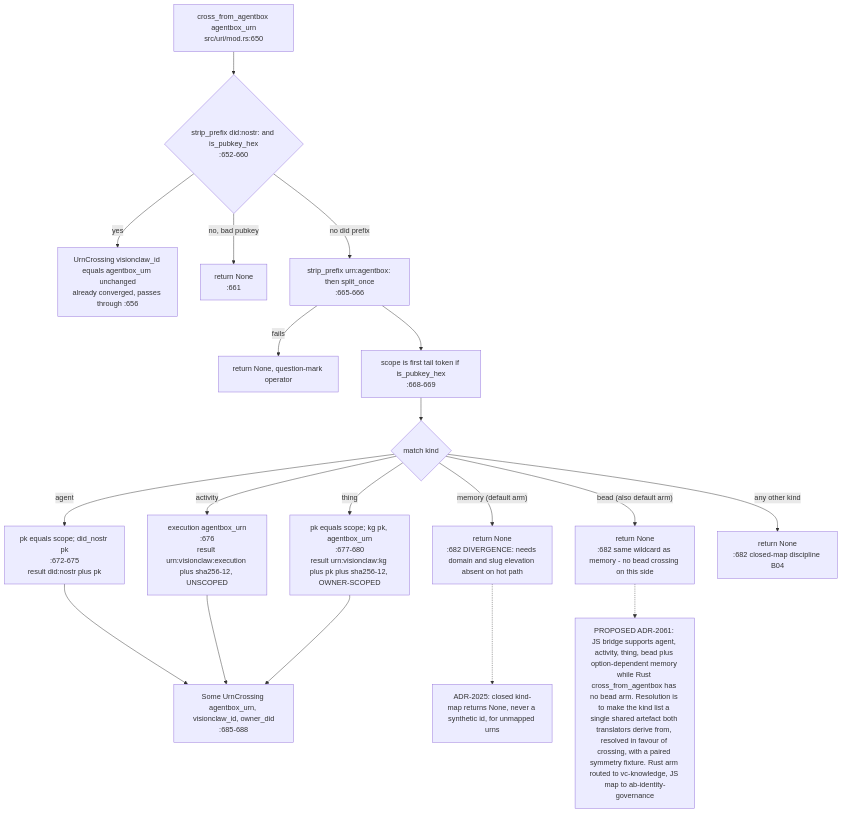
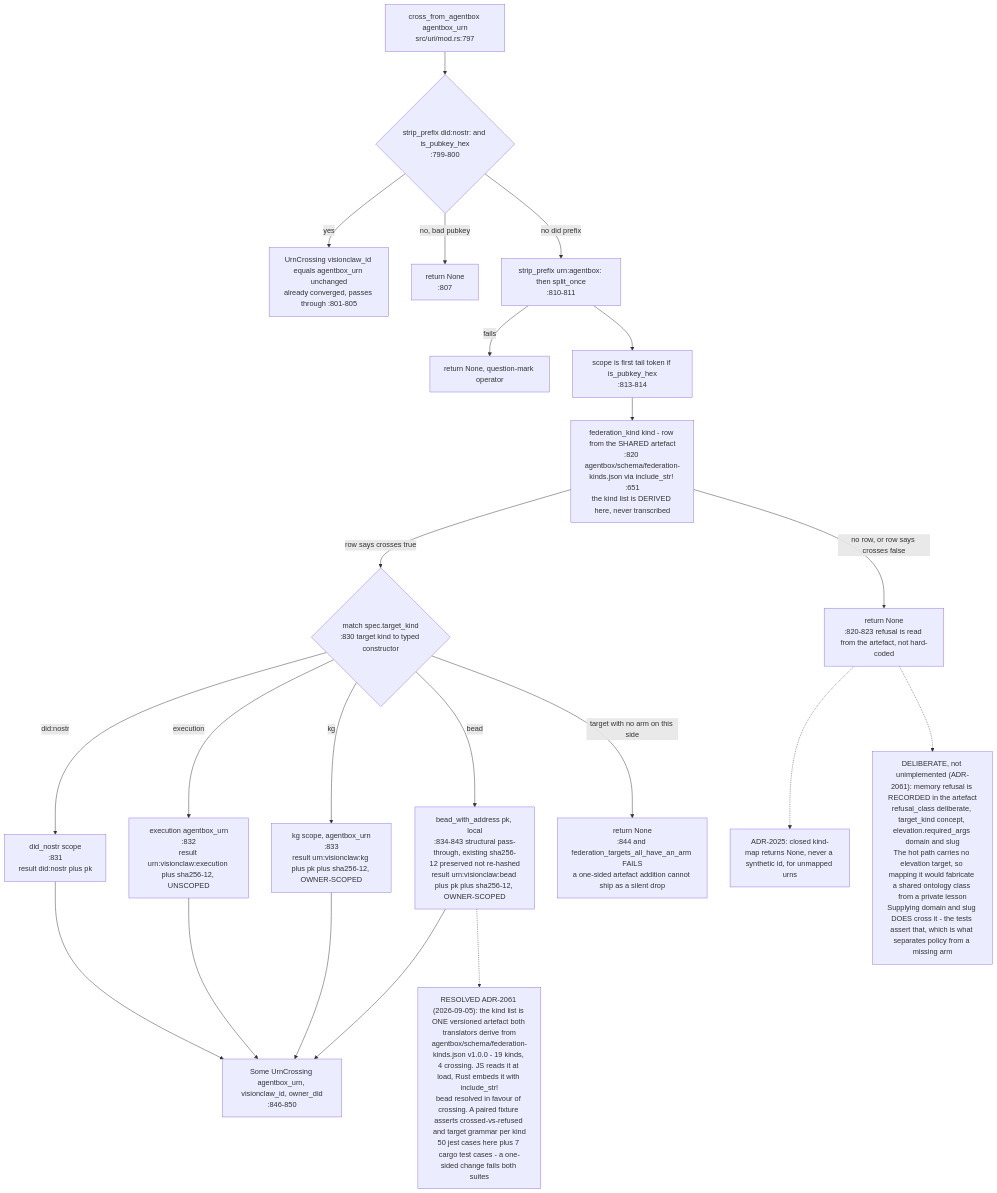
The fourth of 10 diagrams in docs/diagrams/estate/03-cross-repo-federation-contract.md (DreamLab-AI/AR-AI-Knowledge-Graph), drawn with Mermaid before and after one commit. The commit also changed other lines of this file and 172 other files, not shown here.

````diff
--- a/docs/diagrams/estate/03-cross-repo-federation-contract.md
+++ b/docs/diagrams/estate/03-cross-repo-federation-contract.md
@@ -155,25 +157,29 @@
 ```mermaid
 flowchart TD
-    IN["cross_from_agentbox agentbox_urn<br/>src/uri/mod.rs:650"]
-    DIDCHECK{"strip_prefix did:nostr: and is_pubkey_hex<br/>:652-660"}
+    IN["cross_from_agentbox agentbox_urn<br/>src/uri/mod.rs:797"]
+    DIDCHECK{"strip_prefix did:nostr: and is_pubkey_hex<br/>:799-800"}
     IN --> DIDCHECK
-    DIDCHECK -- "yes" --> PASSTHRU["UrnCrossing visionclaw_id equals agentbox_urn unchanged<br/>already converged, passes through :656"]
-    DIDCHECK -- "no, bad pubkey" --> NONE0["return None<br/>:661"]
-    DIDCHECK -- "no did prefix" --> STRIP["strip_prefix urn:agentbox: then split_once<br/>:665-666"]
+    DIDCHECK -- "yes" --> PASSTHRU["UrnCrossing visionclaw_id equals agentbox_urn unchanged<br/>already converged, passes through :801-805"]
+    DIDCHECK -- "no, bad pubkey" --> NONE0["return None<br/>:807"]
+    DIDCHECK -- "no did prefix" --> STRIP["strip_prefix urn:agentbox: then split_once<br/>:810-811"]
     STRIP -- "fails" --> NONE1["return None, question-mark operator"]
-    STRIP --> SCOPE["scope is first tail token if is_pubkey_hex<br/>:668-669"]
-    SCOPE --> MATCH{"match kind"}
-    MATCH -- "agent" --> AGENTARM["pk equals scope; did_nostr pk<br/>:672-675<br/>result did:nostr plus pk"]
-    MATCH -- "activity" --> ACTARM["execution agentbox_urn<br/>:676<br/>result urn:visionclaw:execution plus sha256-12, UNSCOPED"]
-    MATCH -- "thing" --> THINGARM["pk equals scope; kg pk, agentbox_urn<br/>:677-680<br/>result urn:visionclaw:kg plus pk plus sha256-12, OWNER-SCOPED"]
-    MATCH -- "memory (default arm)" --> NONE2["return None<br/>:682 DIVERGENCE: needs domain and slug elevation absent on hot path"]
-    MATCH -- "bead (also default arm)" --> NONE3["return None<br/>:682 same wildcard as memory - no bead crossing on this side"]
-    MATCH -- "any other kind" --> NONE4["return None<br/>:682 closed-map discipline B04"]
-    AGENTARM --> RESULT["Some UrnCrossing agentbox_urn, visionclaw_id, owner_did<br/>:685-688"]
+    STRIP --> SCOPE["scope is first tail token if is_pubkey_hex<br/>:813-814"]
+    SCOPE --> LOOKUP["federation_kind kind - row from the SHARED artefact<br/>:820 agentbox/schema/federation-kinds.json via include_str! :651<br/>the kind list is DERIVED here, never transcribed"]
+    LOOKUP -- "no row, or row says crosses false" --> NONE2["return None<br/>:820-823 refusal is read from the artefact, not hard-coded"]
+    LOOKUP -- "row says crosses true" --> MATCH{"match spec.target_kind<br/>:830 target kind to typed constructor"}
+    MATCH -- "did:nostr" --> AGENTARM["did_nostr scope<br/>:831<br/>result did:nostr plus pk"]
+    MATCH -- "execution" --> ACTARM["execution agentbox_urn<br/>:832<br/>result urn:visionclaw:execution plus sha256-12, UNSCOPED"]
+    MATCH -- "kg" --> THINGARM["kg scope, agentbox_urn<br/>:833<br/>result urn:visionclaw:kg plus pk plus sha256-12, OWNER-SCOPED"]
+    MATCH -- "bead" --> BEADARM["bead_with_address pk, local<br/>:834-843 structural pass-through, existing sha256-12 preserved not re-hashed<br/>result urn:visionclaw:bead plus pk plus sha256-12, OWNER-SCOPED"]
+    MATCH -- "target with no arm on this side" --> NONE4["return None<br/>:844 and federation_targets_all_have_an_arm FAILS<br/>a one-sided artefact addition cannot ship as a silent drop"]
+    AGENTARM --> RESULT["Some UrnCrossing agentbox_urn, visionclaw_id, owner_did<br/>:846-850"]
     ACTARM --> RESULT
     THINGARM --> RESULT
+    BEADARM --> RESULT
     NOTE_ADR["ADR-2025: closed kind-map returns None, never a synthetic id, for unmapped urns"]
-    NOTE_DIV["PROPOSED ADR-2061: JS bridge supports agent, activity, thing, bead plus option-dependent memory while Rust cross_from_agentbox has no bead arm. Resolution is to make the kind list a single shared artefact both translators derive from, resolved in favour of crossing, with a paired symmetry fixture. Rust arm routed to vc-knowledge, JS map to ab-identity-governance"]
-    NONE3 -.-> NOTE_DIV
+    NOTE_DIV["RESOLVED ADR-2061 (2026-09-05): the kind list is ONE versioned artefact both translators derive from<br/>agentbox/schema/federation-kinds.json v1.0.0 - 19 kinds, 4 crossing. JS reads it at load, Rust embeds it with include_str!<br/>bead resolved in favour of crossing. A paired fixture asserts crossed-vs-refused and target grammar per kind<br/>50 jest cases here plus 7 cargo test cases - a one-sided change fails both suites"]
+    NOTE_MEM["DELIBERATE, not unimplemented (ADR-2061): memory refusal is RECORDED in the artefact<br/>refusal_class deliberate, target_kind concept, elevation.required_args domain and slug<br/>The hot path carries no elevation target, so mapping it would fabricate a shared ontology class from a private lesson<br/>Supplying domain and slug DOES cross it - the tests assert that, which is what separates policy from a missing arm"]
+    BEADARM -.-> NOTE_DIV
+    NONE2 -.-> NOTE_MEM
     NONE2 -.-> NOTE_ADR
 ```
````
